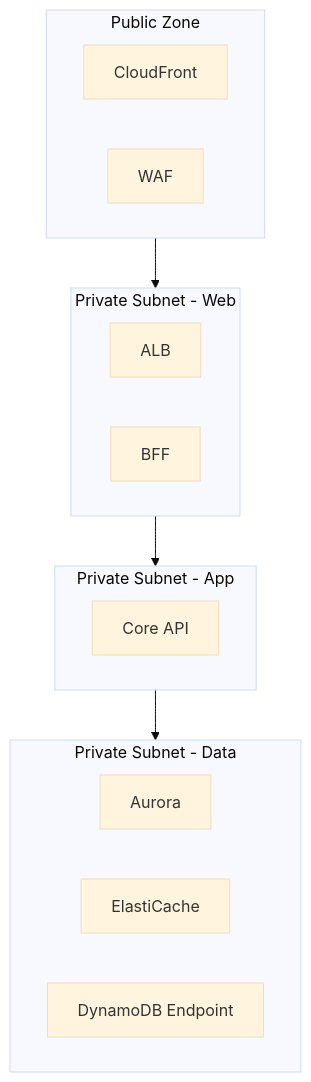
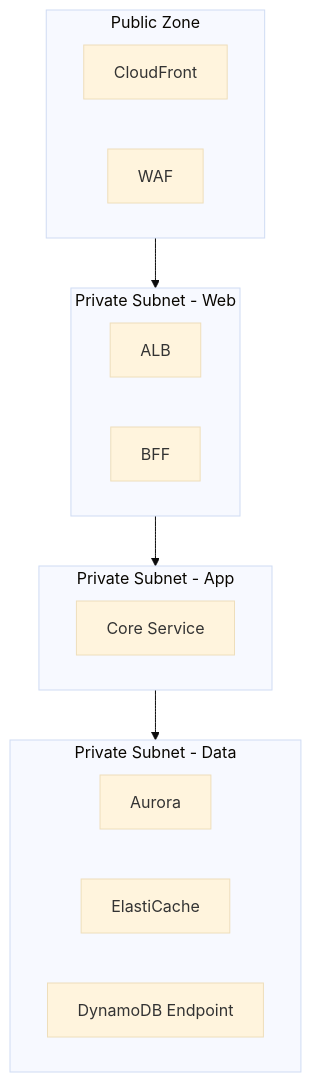
Before and after one commit to ka2kama/ringiflow: the fifth of 5 diagrams in docs/02_基本設計書/00_アーキテクチャ概要.md, drawn with Mermaid (base theme). The commit also changed other lines of this file and 55 other files, not shown here.

````diff
--- a/docs/02_基本設計書/00_アーキテクチャ概要.md
+++ b/docs/02_基本設計書/00_アーキテクチャ概要.md
@@ -159,26 +159,26 @@
 ```mermaid
 flowchart TB
     subgraph Public["Public Zone"]
         CF["CloudFront"]
         WAF["WAF"]
     end
 
     subgraph PrivateWeb["Private Subnet - Web"]
         ALB["ALB"]
         BFF["BFF"]
     end
 
     subgraph PrivateApp["Private Subnet - App"]
-        Core["Core API"]
+        Core["Core Service"]
     end
 
     subgraph PrivateData["Private Subnet - Data"]
         Aurora["Aurora"]
         Redis["ElastiCache"]
         DynamoDB["DynamoDB Endpoint"]
     end
 
     Public --> PrivateWeb
     PrivateWeb --> PrivateApp
     PrivateApp --> PrivateData
 ```
````
